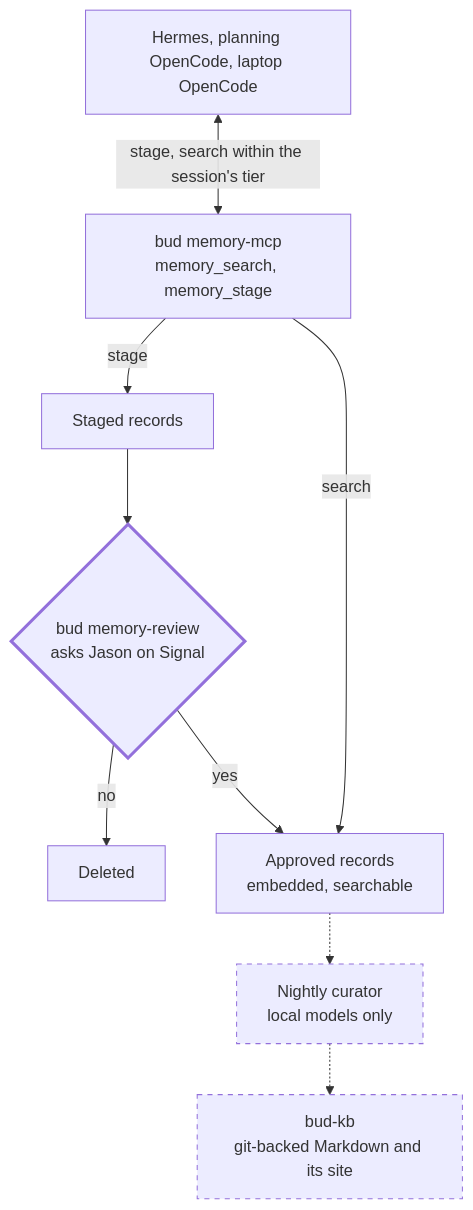
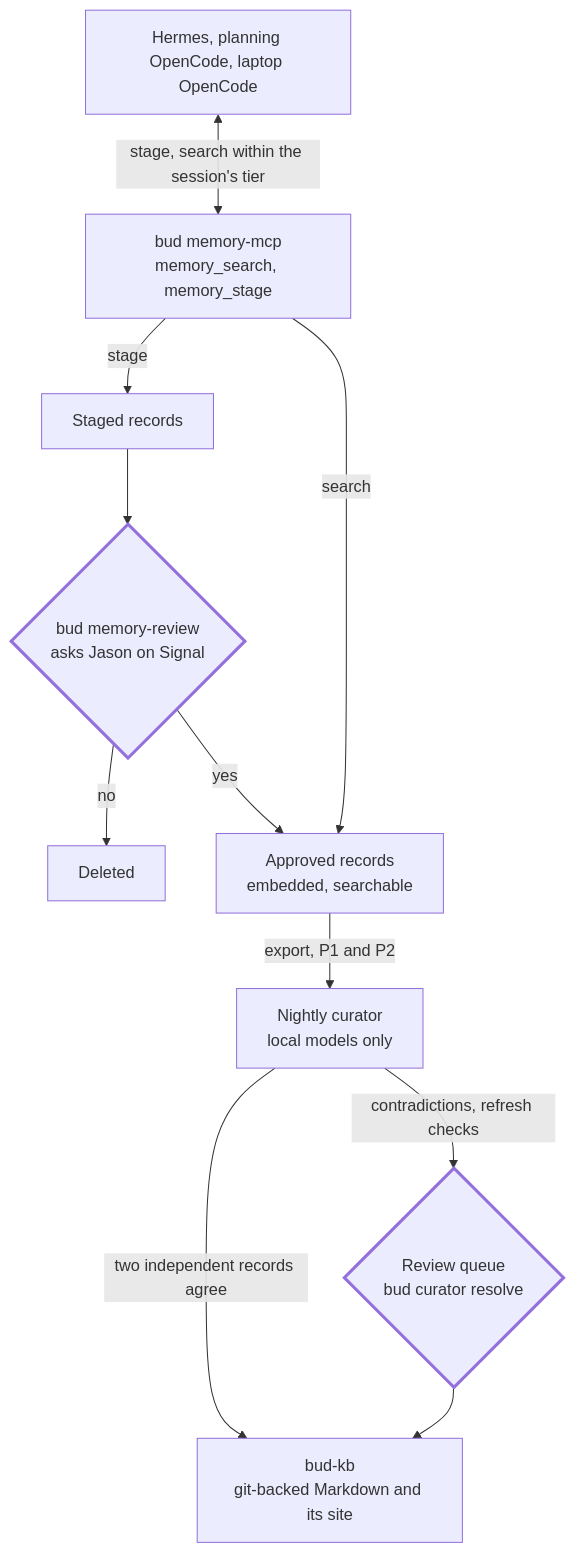
The fifth of 6 diagrams in docs/architecture.md (jgarner9/bud), drawn with Mermaid before and after one commit. The commit also changed other lines of this file and 20 other files, not shown here.

First line of the commit message:
feat: bud curator promotes working memory into bud-kb (JGA-311, Suite D123, D124)

````diff
--- a/docs/architecture.md
+++ b/docs/architecture.md
@@ -199,21 +200,25 @@
 ```mermaid
 flowchart TB
   classDef planned stroke-dasharray: 5 5
   classDef gate stroke-width:3px
 
   agents["Hermes, planning OpenCode, laptop OpenCode"]
   mcp["bud memory-mcp<br/>memory_search, memory_stage"]
   staged["Staged records"]
   review{"bud memory-review<br/>asks Jason on Signal"}:::gate
   gone["Deleted"]
   approved["Approved records<br/>embedded, searchable"]
-  curator["Nightly curator<br/>local models only"]:::planned
-  kb["bud-kb<br/>git-backed Markdown and its site"]:::planned
+  curator["Nightly curator<br/>local models only"]
+  kb["bud-kb<br/>git-backed Markdown and its site"]
+  queue{"Review queue<br/>bud curator resolve"}:::gate
 
   agents <-- "stage, search within the session's tier" --> mcp
   mcp -- "stage" --> staged --> review
   review -- "no" --> gone
   review -- "yes" --> approved
   mcp -- "search" --> approved
-  approved -.-> curator -.-> kb
+  approved -- "export, P1 and P2" --> curator
+  curator -- "two independent records agree" --> kb
+  curator -- "contradictions, refresh checks" --> queue
+  queue --> kb
 ```
````
